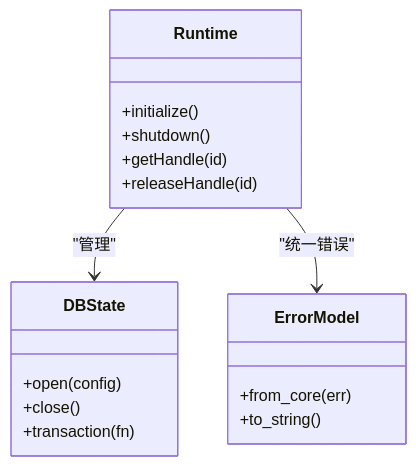
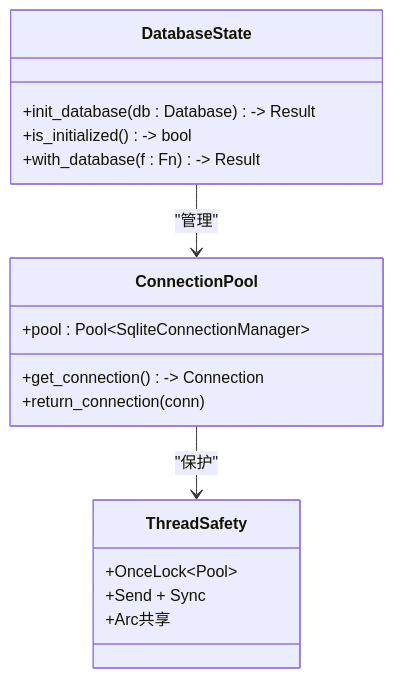
The third of 12 diagrams in .qoder/repowiki/zh/content/架构设计/通信机制/FFI接口通信.md (ZhangGHGitHub/LegadoTeamFlutter), drawn with Mermaid before and after one commit. The commit also changed other lines of this file and 173 other files, not shown here.

````diff
--- a/.qoder/repowiki/zh/content/架构设计/通信机制/FFI接口通信.md
+++ b/.qoder/repowiki/zh/content/架构设计/通信机制/FFI接口通信.md
@@ -179,20 +281,20 @@
 ```mermaid
 classDiagram
-class Runtime {
-+initialize()
-+shutdown()
-+getHandle(id)
-+releaseHandle(id)
+class DatabaseState {
++init_database(db : Database) -> Result
++is_initialized() -> bool
++with_database(f : Fn) -> Result
 }
-class DBState {
-+open(config)
-+close()
-+transaction(fn)
+class ConnectionPool {
++pool : Pool~SqliteConnectionManager~
++get_connection() -> Connection
++return_connection(conn)
 }
-class ErrorModel {
-+from_core(err)
-+to_string()
+class ThreadSafety {
++OnceLock~Pool~
++Send + Sync
++Arc共享
 }
-Runtime --> DBState : "管理"
-Runtime --> ErrorModel : "统一错误"
+DatabaseState --> ConnectionPool : "管理"
+ConnectionPool --> ThreadSafety : "保护"
 ```
````
